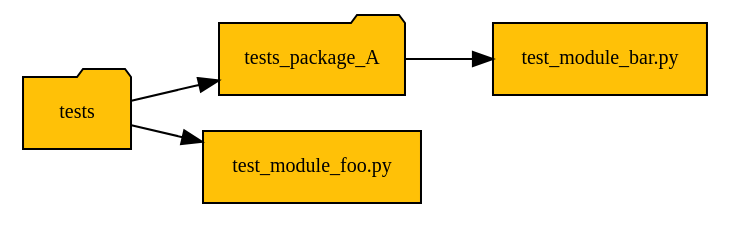
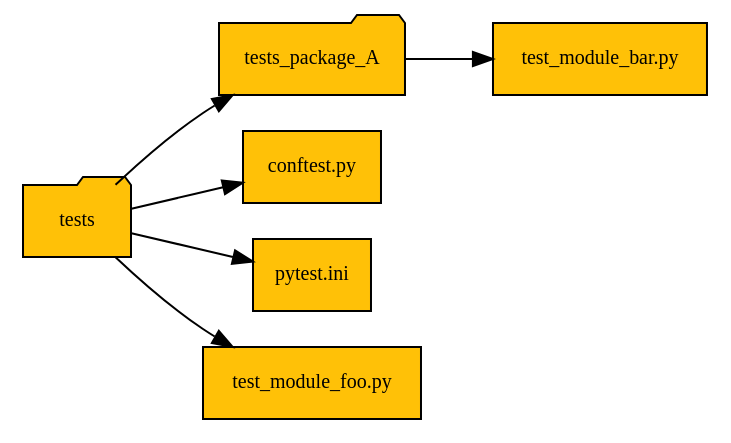
The diagram in doc/source/packaging/diag/tests_structure_diag.rst (ansys/pyansys-dev-guide), drawn with Graphviz before and after one commit. The commit also changed 11 other files, not shown here.

```diff
--- a/doc/source/packaging/diag/tests_structure_diag.rst
+++ b/doc/source/packaging/diag/tests_structure_diag.rst
@@ -2,36 +2,46 @@
 .. graphviz::
     :caption: Minimum required PyAnsys project structure.
     :alt: Minimum required PyAnsys project structure.
     :align: center
 
      digraph "sphinx-ext-graphviz" {
          size="8,6";
          rankdir="LR";
          graph [
            fontname="Verdana", fontsize="10", color="black", fillcolor="white"
          ];
          node [
            fontname="Verdana", fontsize="10", style="filled", color="black", fillcolor="#ffc107"
          ];
 
          tests [
            label="tests", shape="folder"
          ];
 
          tests_package_A [
            label="tests_package_A", shape="folder"
          ];
 
+         conftest [
+           label="conftest.py", shape="file"
+         ]
+
+         pytest_ini [
+           label="pytest.ini", shape="file"
+         ]
+
          test_module_foo [
            label="test_module_foo.py", shape="file"
          ]
 
          test_module_bar [
            label="test_module_bar.py", shape="file"
          ]
 
          tests -> tests_package_A;
          tests -> test_module_foo;
+         tests -> conftest;
+         tests -> pytest_ini;
          tests_package_A -> test_module_bar;
 
      }
```
